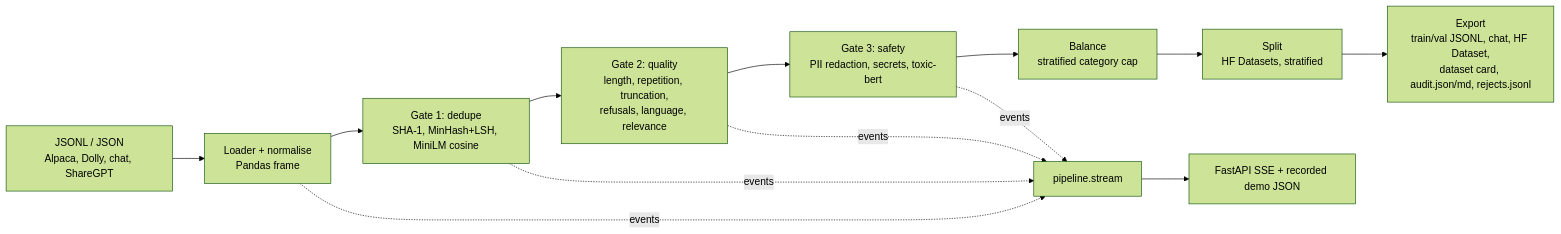
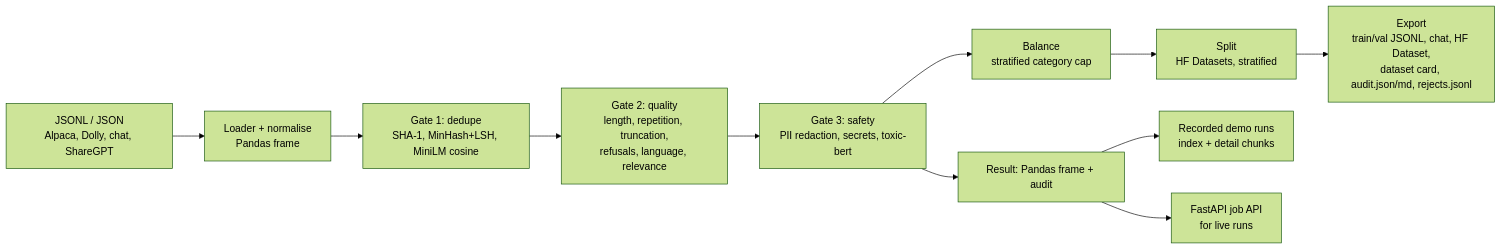
The diagram in README.md (Aditya2616/SFT-Forge), drawn with Mermaid (forest theme) before and after one commit. The commit also changed other lines of this file and 10 other files, not shown here.

````diff
--- a/README.md
+++ b/README.md
@@ -24,15 +24,13 @@
 ```mermaid
 flowchart LR
     A[JSONL / JSON<br/>Alpaca, Dolly, chat, ShareGPT] --> B[Loader + normalise<br/>Pandas frame]
     B --> C[Gate 1: dedupe<br/>SHA-1, MinHash+LSH, MiniLM cosine]
     C --> D[Gate 2: quality<br/>length, repetition, truncation,<br/>refusals, language, relevance]
     D --> E[Gate 3: safety<br/>PII redaction, secrets, toxic-bert]
     E --> F[Balance<br/>stratified category cap]
     F --> G[Split<br/>HF Datasets, stratified]
     G --> H[Export<br/>train/val JSONL, chat, HF Dataset,<br/>dataset card, audit.json/md, rejects.jsonl]
-    B -. events .-> I[pipeline.stream]
-    C -. events .-> I
-    D -. events .-> I
-    E -. events .-> I
-    I --> J[FastAPI SSE + recorded demo JSON]
+    E --> I[Result: Pandas frame + audit]
+    I --> J[Recorded demo runs<br/>index + detail chunks]
+    I --> K[FastAPI job API<br/>for live runs]
 ```
````
